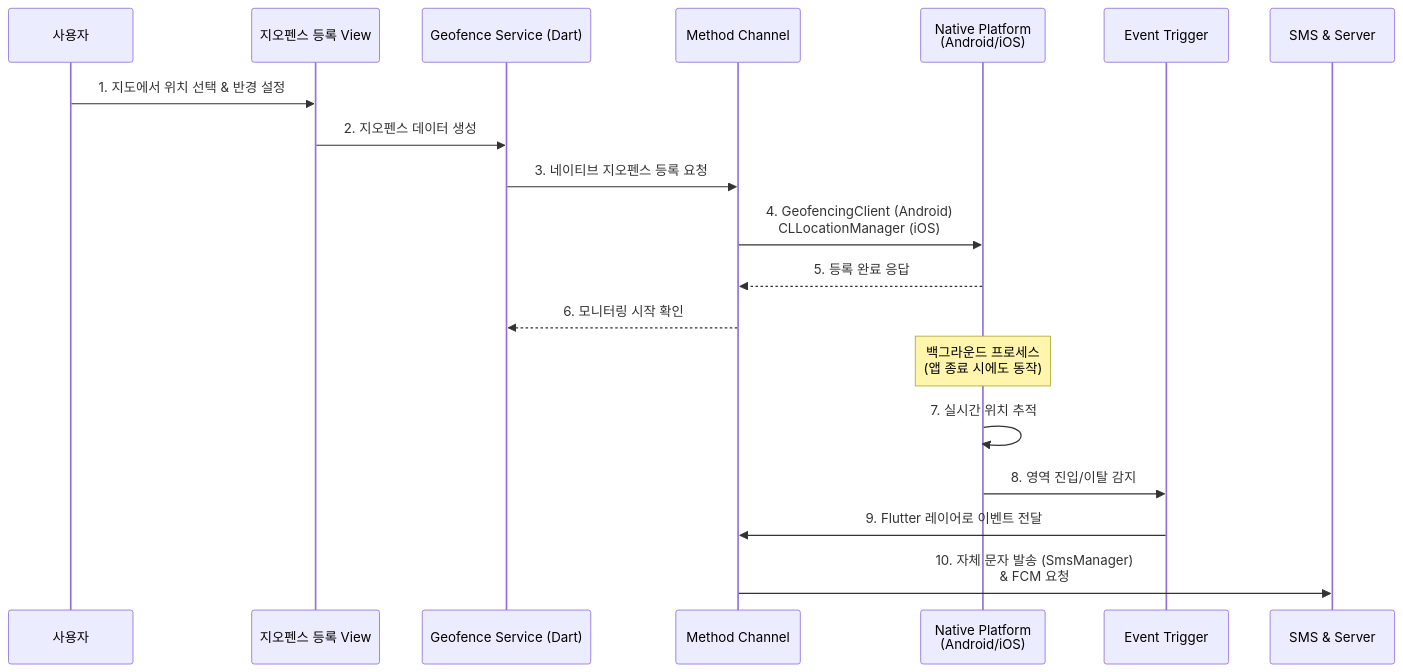
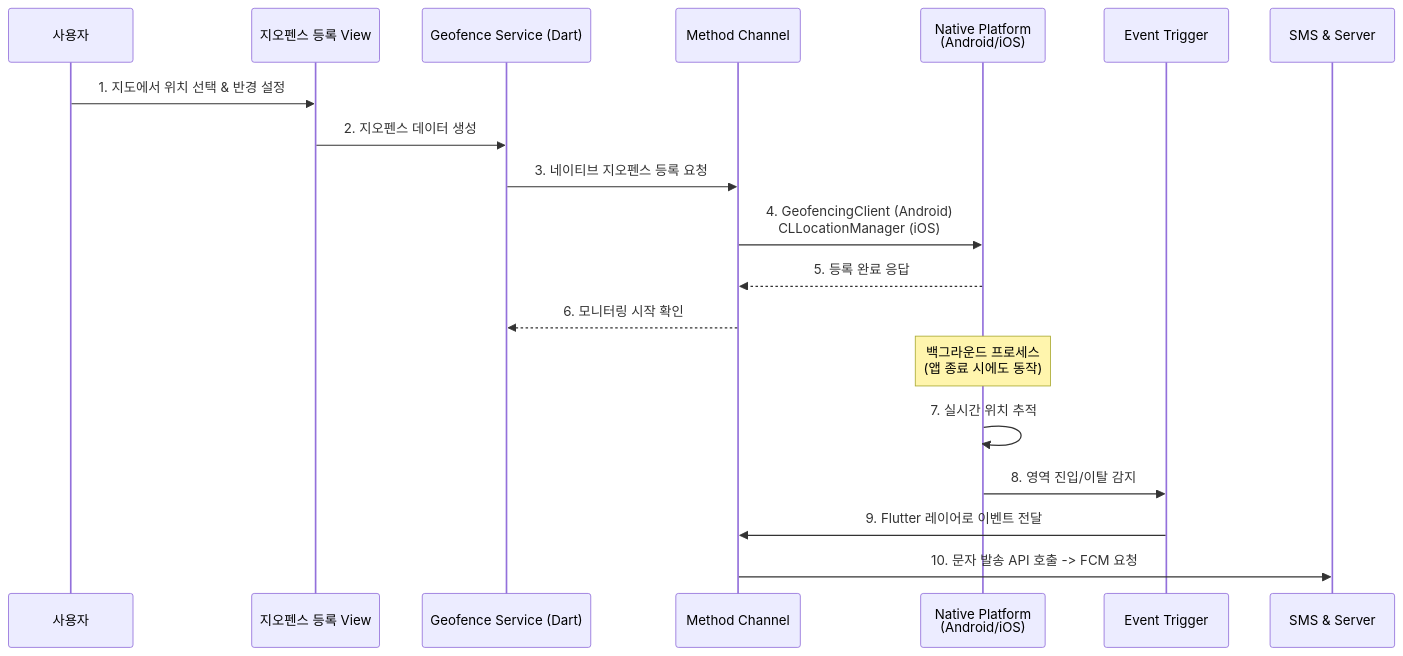
The second of 5 diagrams in README.md (kdongsu5509/imhere_mobile), drawn with Mermaid before and after one commit. The commit also changed other lines of this file, not shown here.

````diff
--- a/README.md
+++ b/README.md
@@ -121,23 +119,23 @@
 ```mermaid
 sequenceDiagram
     participant User as 사용자
     participant MapUI as 지오펜스 등록 View
     participant Logic as Geofence Service (Dart)
     participant Channel as Method Channel
     participant Native as Native Platform<br/>(Android/iOS)
     participant Event as Event Trigger
     participant Action as SMS & Server
 
     User->>MapUI: 1. 지도에서 위치 선택 & 반경 설정
     MapUI->>Logic: 2. 지오펜스 데이터 생성
     Logic->>Channel: 3. 네이티브 지오펜스 등록 요청
     Channel->>Native: 4. GeofencingClient (Android)<br/>CLLocationManager (iOS)
     Native-->>Channel: 5. 등록 완료 응답
     Channel-->>Logic: 6. 모니터링 시작 확인
     
     Note over Native: 백그라운드 프로세스<br/>(앱 종료 시에도 동작)
     Native->>Native: 7. 실시간 위치 추적
     Native->>Event: 8. 영역 진입/이탈 감지
     Event->>Channel: 9. Flutter 레이어로 이벤트 전달
-    Channel->>Action: 10. 자체 문자 발송 (SmsManager)<br/>& FCM 요청
+    Channel->>Action: 10. 문자 발송 API 호출 -> FCM 요청
 ```
````
